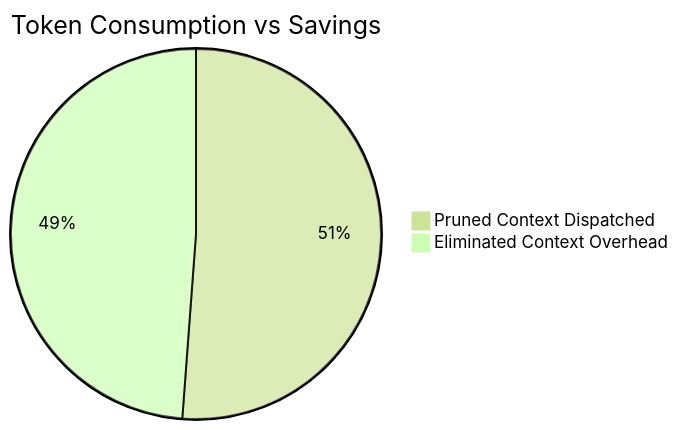
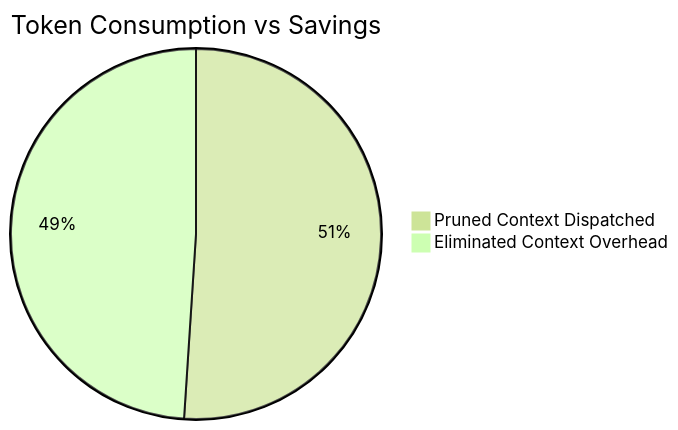
The diagram in workplace/docs/reports/token_savings_report.md (lakhwindersingh/nb_fairyfly), drawn with Mermaid (forest theme) before and after one commit. The commit also changed other lines of this file and 26 other files, not shown here.

````diff
--- a/workplace/docs/reports/token_savings_report.md
+++ b/workplace/docs/reports/token_savings_report.md
@@ -26,5 +26,5 @@
 ```mermaid
 pie title Token Consumption vs Savings
-    "Pruned Context Dispatched" : 30320429
-    "Eliminated Context Overhead" : 28921999
+    "Pruned Context Dispatched" : 31084147
+    "Eliminated Context Overhead" : 29831711
 ```
````
